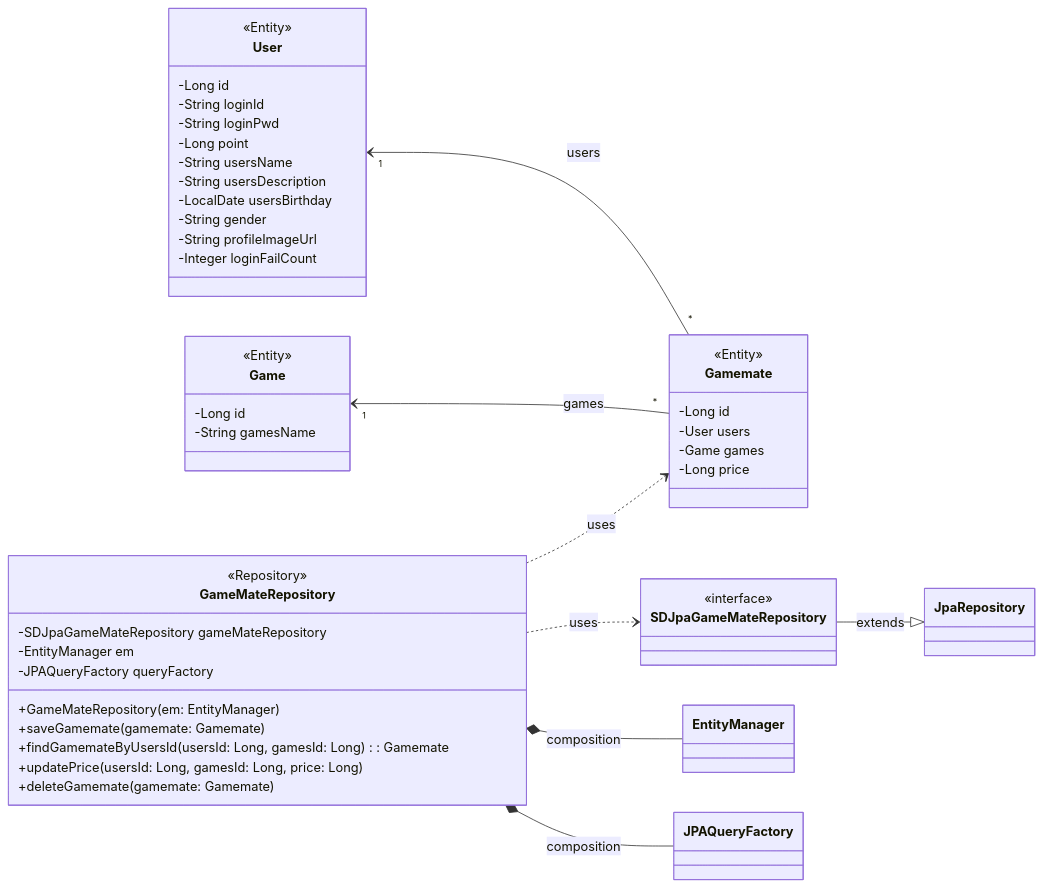
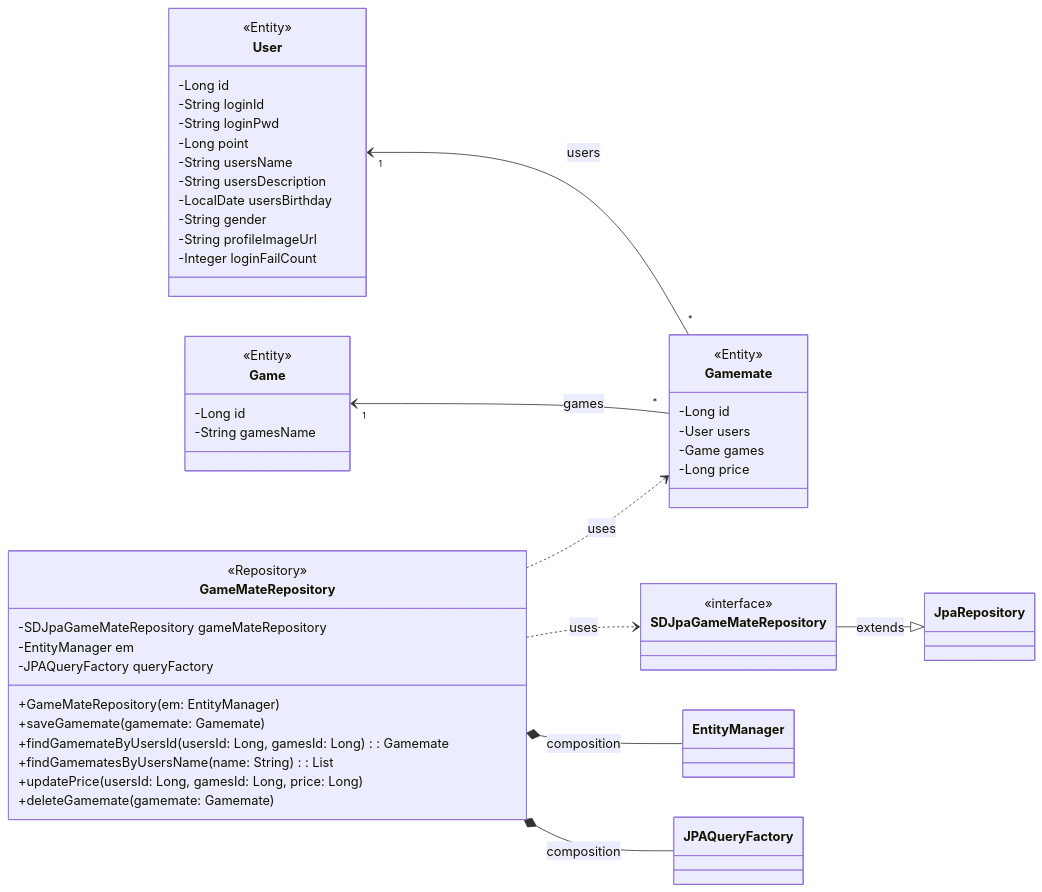
One commit to imTeakMin/GameMate changed the diagram in backend/classDiagram/gamemateDiagram.md. Above: the diagram before and after it, drawn with Mermaid. The commit also changed other lines of this file and 4 other files, not shown here.

Commit message:
feat: GameMateRepository, MarkRepository 기능 추가 및 다이어그램 수정 GamemateRepository -> findGamematesByUsersName 함수 추가 MarkRepository -> findByUsersIdAndMarkedUsersId 함수 추가

````diff
--- a/backend/classDiagram/gamemateDiagram.md
+++ b/backend/classDiagram/gamemateDiagram.md
@@ -2,63 +2,64 @@
 ```mermaid
 classDiagram
     direction LR
     
     class User {
         <<Entity>>
         -Long id
         -String loginId
         -String loginPwd
         -Long point
         -String usersName
         -String usersDescription
         -LocalDate usersBirthday
         -String gender
         -String profileImageUrl
         -Integer loginFailCount
     }
 
     class Game {
         <<Entity>>
         -Long id
         -String gamesName
     }
 
     class Gamemate {
         <<Entity>>
         -Long id
         -User users
         -Game games
         -Long price
     }
     
     class GameMateRepository {
         <<Repository>>
         -SDJpaGameMateRepository gameMateRepository
         -EntityManager em
         -JPAQueryFactory queryFactory
         +GameMateRepository(em: EntityManager)
         +saveGamemate(gamemate: Gamemate)
         +findGamemateByUsersId(usersId: Long, gamesId: Long): Gamemate
+        +findGamematesByUsersName(name: String): List<Gamemate>
         +updatePrice(usersId: Long, gamesId: Long, price: Long)
         +deleteGamemate(gamemate: Gamemate)
     }
 
     class SDJpaGameMateRepository {
         <<interface>>
     }
 
     class EntityManager {
     }
 
     class JPAQueryFactory {
     }
     User "1" <-- "*" Gamemate : users
     Game "1" <-- "*" Gamemate : games
     GameMateRepository ..> SDJpaGameMateRepository : uses
     GameMateRepository *-- EntityManager : composition
     GameMateRepository *-- JPAQueryFactory : composition
     GameMateRepository ..> Gamemate : uses
     SDJpaGameMateRepository --|> JpaRepository : extends
     
     
 ```
````
